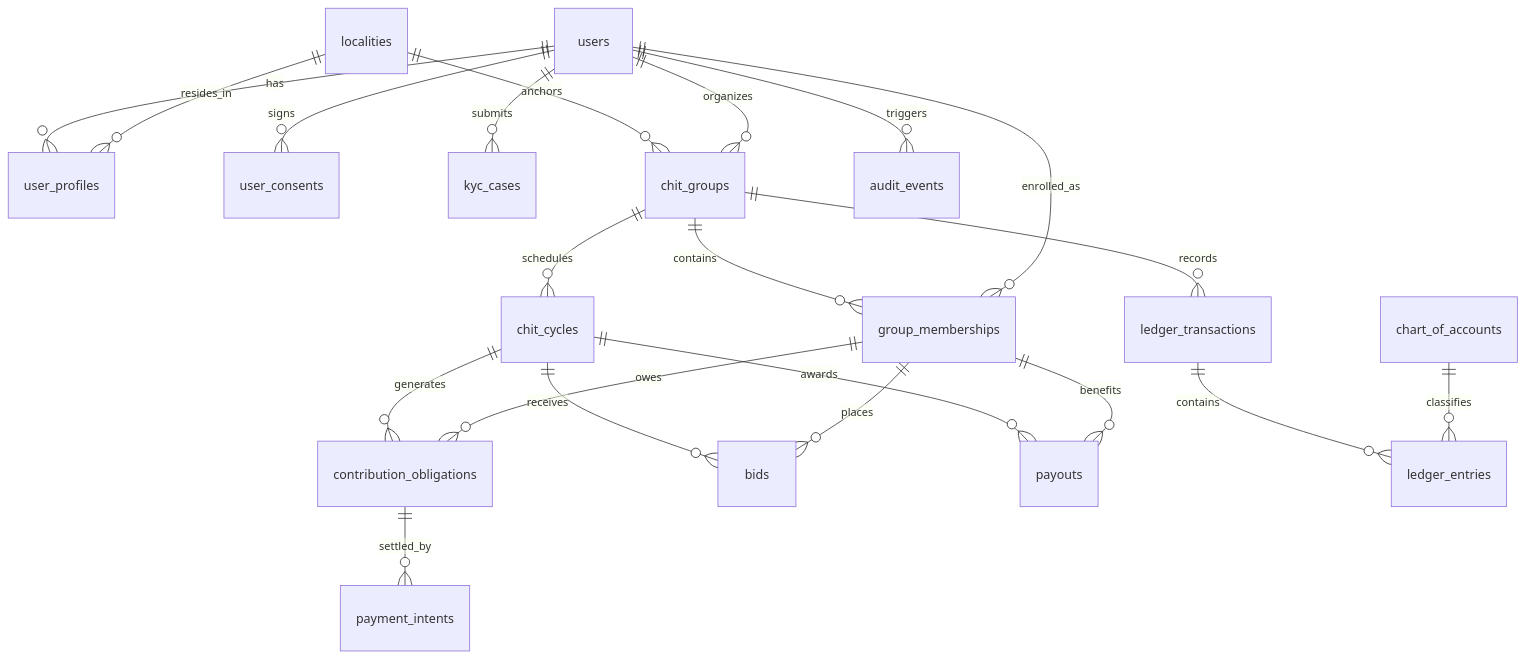
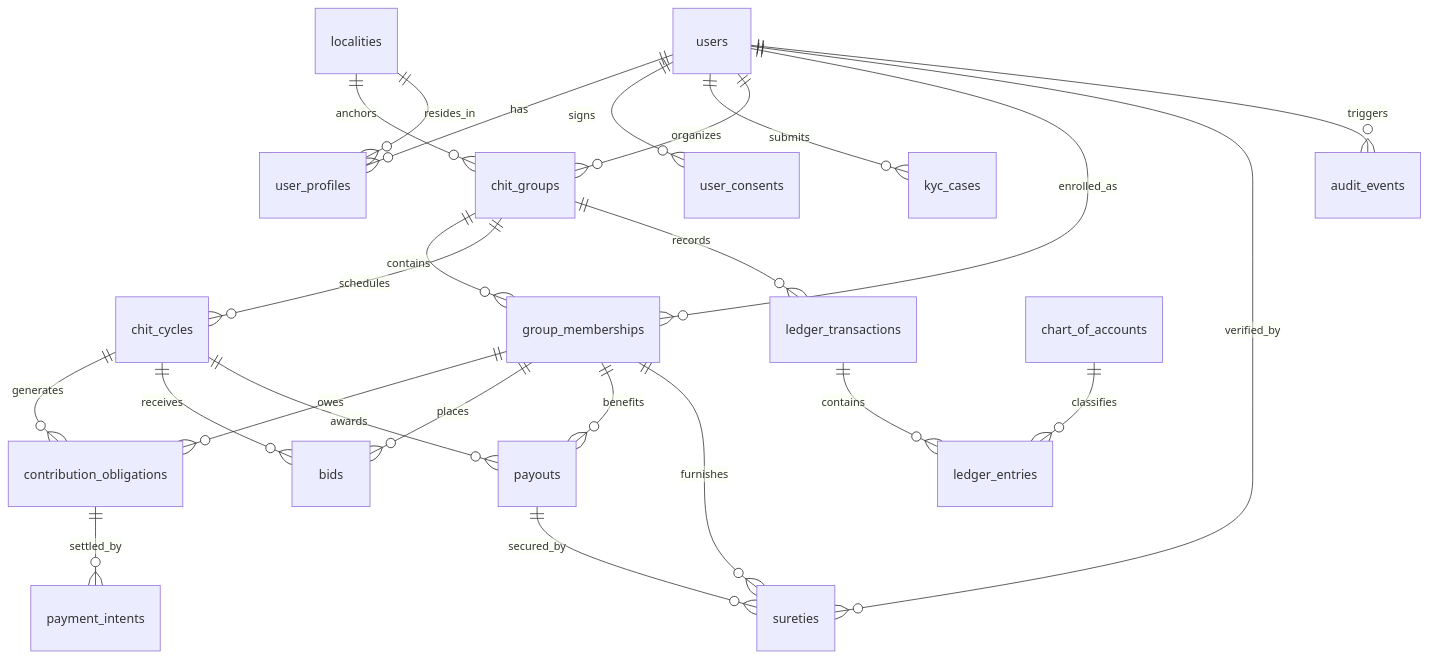
Before and after one commit to Harshith12-dot/chit-fund-platform: the second of 5 diagrams in ARCHITECTURE.md, drawn with Mermaid. The commit also changed other lines of this file and 13 other files, not shown here.

````diff
--- a/ARCHITECTURE.md
+++ b/ARCHITECTURE.md
@@ -47,23 +47,26 @@
 ```mermaid
 erDiagram
     users ||--o{ user_profiles : "has"
     users ||--o{ user_consents : "signs"
     users ||--o{ kyc_cases : "submits"
     localities ||--o{ chit_groups : "anchors"
     localities ||--o{ user_profiles : "resides_in"
     users ||--o{ chit_groups : "organizes"
     chit_groups ||--o{ group_memberships : "contains"
     users ||--o{ group_memberships : "enrolled_as"
     chit_groups ||--o{ chit_cycles : "schedules"
     chit_cycles ||--o{ contribution_obligations : "generates"
     group_memberships ||--o{ contribution_obligations : "owes"
     contribution_obligations ||--o{ payment_intents : "settled_by"
     chit_cycles ||--o{ bids : "receives"
     group_memberships ||--o{ bids : "places"
     chit_cycles ||--o{ payouts : "awards"
     group_memberships ||--o{ payouts : "benefits"
+    payouts ||--o{ sureties : "secured_by"
+    group_memberships ||--o{ sureties : "furnishes"
+    users ||--o{ sureties : "verified_by"
     chit_groups ||--o{ ledger_transactions : "records"
     ledger_transactions ||--o{ ledger_entries : "contains"
     chart_of_accounts ||--o{ ledger_entries : "classifies"
     users ||--o{ audit_events : "triggers"
 ```
````
